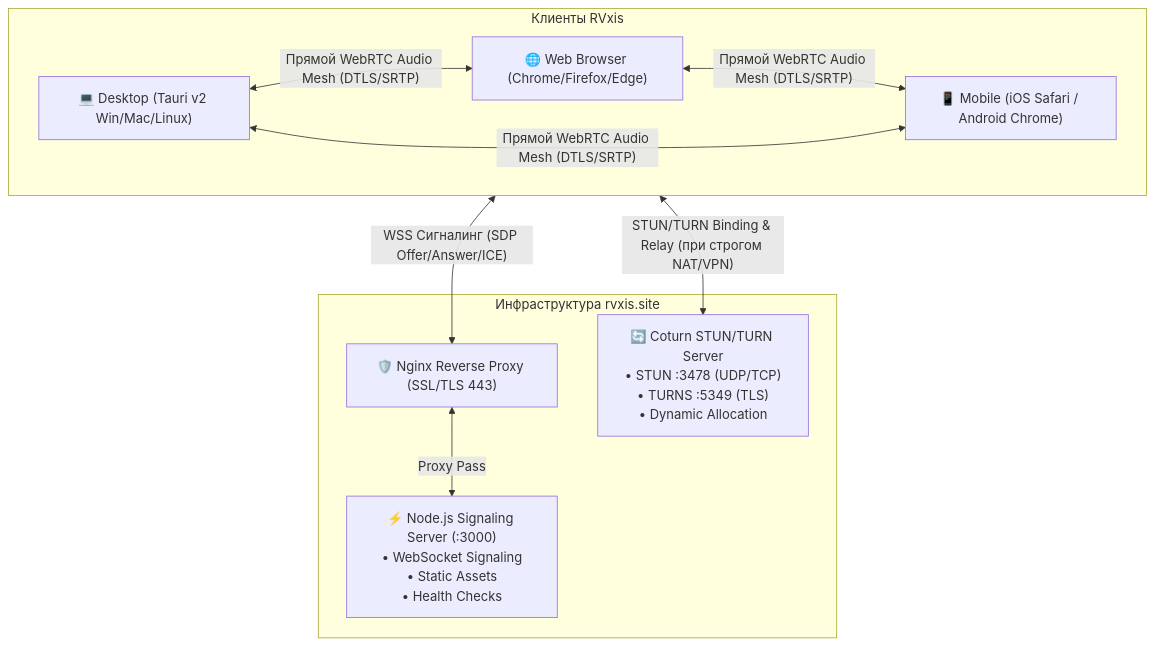
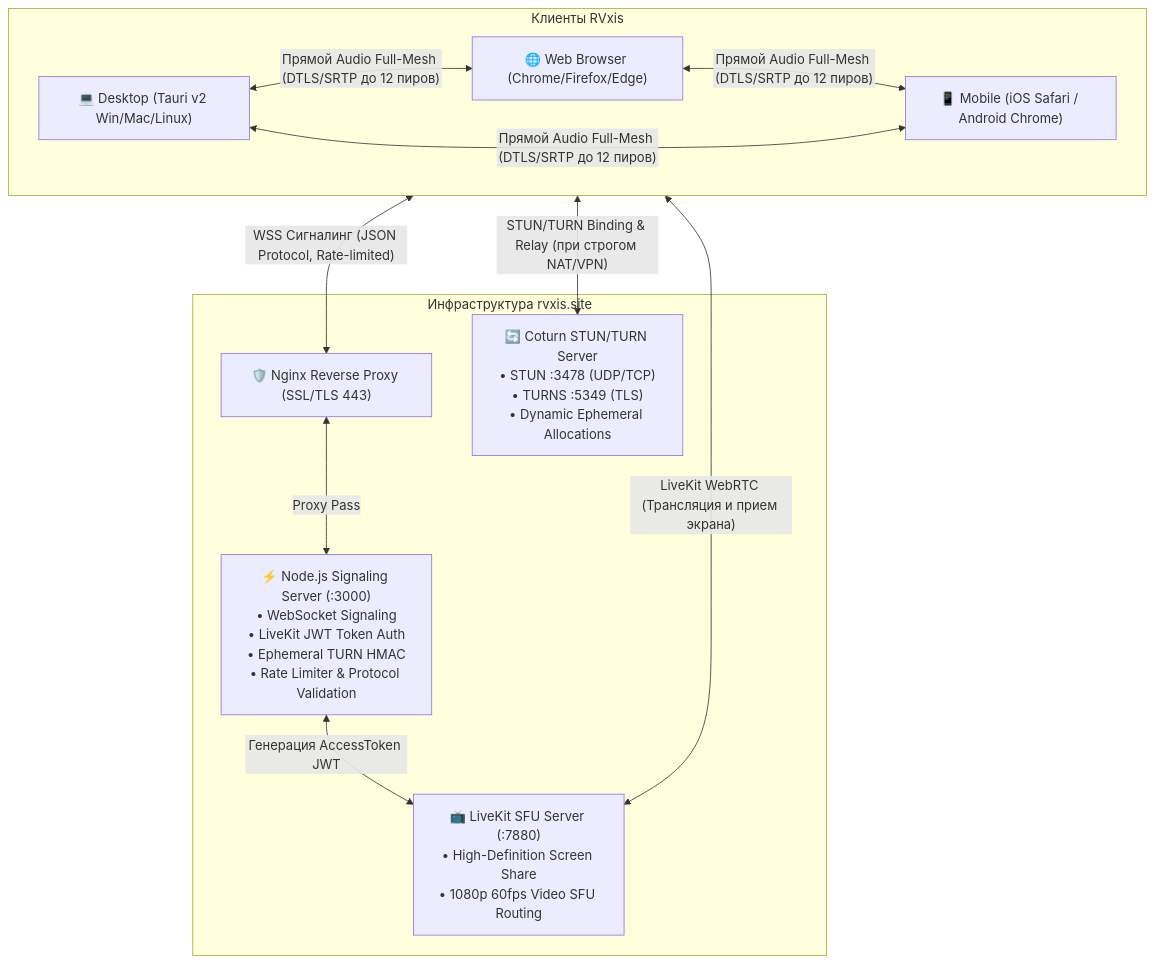
Before and after one commit to railenine/voice-chat: the first of 5 diagrams in ARCHITECTURE.md, drawn with Mermaid. The commit also changed other lines of this file and 71 other files, not shown here.

Commit message:
chore(release): v0.1.13 - bundle optimization, room capacity limits, peer volume, modular refactoring, protocol validation & 130 tests

````diff
--- a/ARCHITECTURE.md
+++ b/ARCHITECTURE.md
@@ -30,21 +39,24 @@
 ```mermaid
 flowchart TD
     subgraph Clients["Клиенты RVxis"]
         Desktop["💻 Desktop (Tauri v2 Win/Mac/Linux)"]
         WebPC["🌐 Web Browser (Chrome/Firefox/Edge)"]
         Mobile["📱 Mobile (iOS Safari / Android Chrome)"]
     end
 
     subgraph Infrastructure["Инфраструктура rvxis.site"]
         Nginx["🛡️ Nginx Reverse Proxy (SSL/TLS 443)"]
-        NodeServer["⚡ Node.js Signaling Server (:3000)\n• WebSocket Signaling\n• Static Assets\n• Health Checks"]
-        Coturn["🔄 Coturn STUN/TURN Server\n• STUN :3478 (UDP/TCP)\n• TURNS :5349 (TLS)\n• Dynamic Allocation"]
+        NodeServer["⚡ Node.js Signaling Server (:3000)\n• WebSocket Signaling\n• LiveKit JWT Token Auth\n• Ephemeral TURN HMAC\n• Rate Limiter & Protocol Validation"]
+        Coturn["🔄 Coturn STUN/TURN Server\n• STUN :3478 (UDP/TCP)\n• TURNS :5349 (TLS)\n• Dynamic Ephemeral Allocations"]
+        LiveKit["📺 LiveKit SFU Server (:7880)\n• High-Definition Screen Share\n• 1080p 60fps Video SFU Routing"]
     end
 
-    Clients <-->|"WSS Сигналинг (SDP Offer/Answer/ICE)"| Nginx
+    Clients <-->|"WSS Сигналинг (JSON Protocol, Rate-limited)"| Nginx
     Nginx <-->|"Proxy Pass"| NodeServer
+    NodeServer <-->|"Генерация AccessToken JWT"| LiveKit
+    Clients <-->|"LiveKit WebRTC (Трансляция и прием экрана)"| LiveKit
     Clients <-->|"STUN/TURN Binding & Relay (при строгом NAT/VPN)"| Coturn
-    Desktop <-->|"Прямой WebRTC Audio Mesh (DTLS/SRTP)"| WebPC
-    WebPC <-->|"Прямой WebRTC Audio Mesh (DTLS/SRTP)"| Mobile
-    Desktop <-->|"Прямой WebRTC Audio Mesh (DTLS/SRTP)"| Mobile
+    Desktop <-->|"Прямой Audio Full-Mesh (DTLS/SRTP до 12 пиров)"| WebPC
+    WebPC <-->|"Прямой Audio Full-Mesh (DTLS/SRTP до 12 пиров)"| Mobile
+    Desktop <-->|"Прямой Audio Full-Mesh (DTLS/SRTP до 12 пиров)"| Mobile
 ```
````
